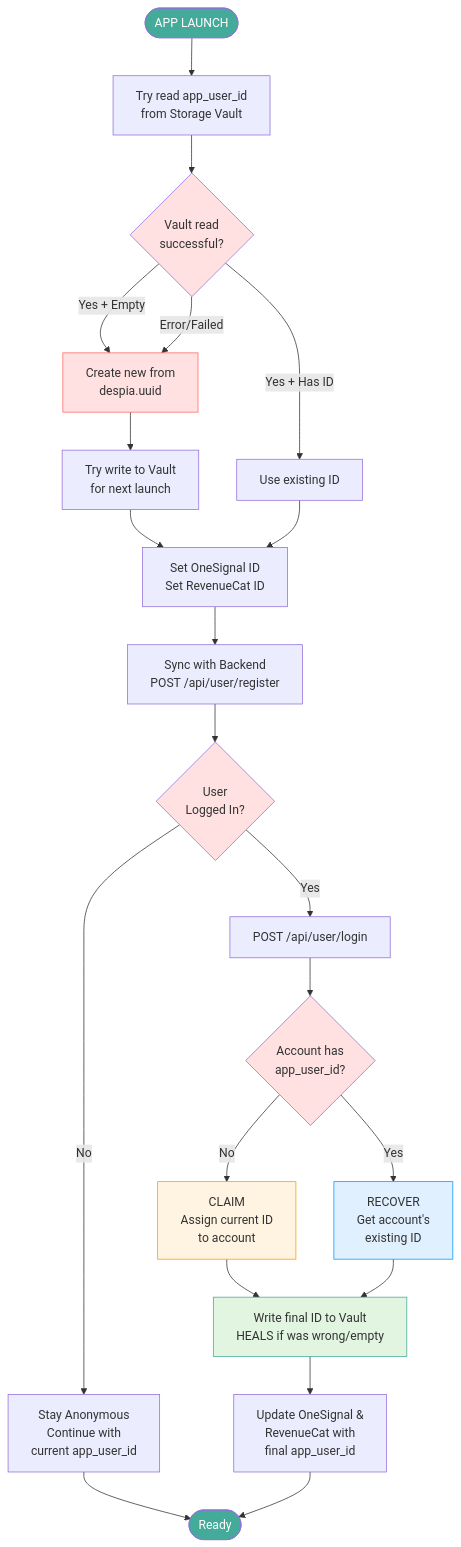
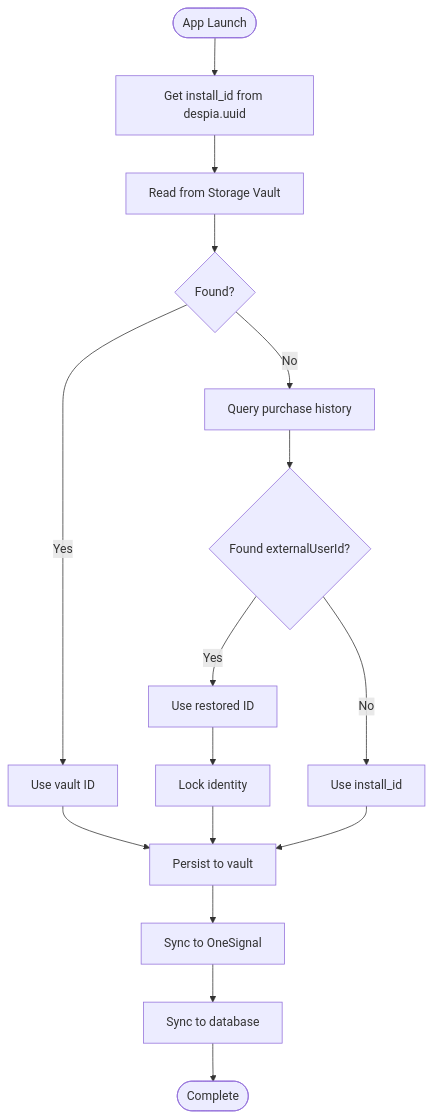
The second of 4 diagrams in best-practices/backend/one-signal/user-session.mdx (despia-native/docs), drawn with Mermaid before and after one commit. The commit also changed other lines of this file and 3 other files, not shown here.

````diff
--- a/best-practices/backend/one-signal/user-session.mdx
+++ b/best-practices/backend/one-signal/user-session.mdx
@@ -55,45 +32,23 @@
 ```mermaid
 flowchart TD
-    Start([APP LAUNCH]) --> ReadVault[Try read app_user_id<br/>from Storage Vault]
+    Start([App Launch]) --> GetUUID[Get install_id from despia.uuid]
     
-    ReadVault --> CheckVault{Vault read<br/>successful?}
+    GetUUID --> Vault[Read from Storage Vault]
+    Vault --> VaultCheck{Found?}
     
-    CheckVault -->|Yes + Has ID| Returning[Use existing ID]
-    CheckVault -->|Yes + Empty| CreateNew[Create new from<br/>despia.uuid]
-    CheckVault -->|Error/Failed| CreateNew
+    VaultCheck -->|Yes| UseVault[Use vault ID]
+    VaultCheck -->|No| Restore[Query purchase history]
     
-    CreateNew --> TryWriteVault[Try write to Vault<br/>for next launch]
-    TryWriteVault --> SetServices
+    Restore --> RestoreCheck{Found externalUserId?}
+    RestoreCheck -->|Yes| UseRestore[Use restored ID]
+    RestoreCheck -->|No| UseInstall[Use install_id]
     
-    Returning --> SetServices[Set OneSignal ID<br/>Set RevenueCat ID]
+    UseVault --> Persist[Persist to vault]
+    UseRestore --> Lock[Lock identity]
+    Lock --> Persist
+    UseInstall --> Persist
     
-    SetServices --> SyncBackend[Sync with Backend<br/>POST /api/user/register]
-    
-    SyncBackend --> CheckAuth{User<br/>Logged In?}
-    
-    CheckAuth -->|No| StayAnonymous[Stay Anonymous<br/>Continue with<br/>current app_user_id]
-    CheckAuth -->|Yes| LoginFlow[POST /api/user/login]
-    
-    LoginFlow --> CheckAccount{Account has<br/>app_user_id?}
-    
-    CheckAccount -->|No| Claim[CLAIM<br/>Assign current ID<br/>to account]
-    CheckAccount -->|Yes| Recover[RECOVER<br/>Get account's<br/>existing ID]
-    
-    Claim --> HealVault[Write final ID to Vault<br/>HEALS if was wrong/empty]
-    Recover --> HealVault
-    
-    HealVault --> UpdateServices[Update OneSignal &<br/>RevenueCat with<br/>final app_user_id]
-    
-    StayAnonymous --> End([Ready])
-    UpdateServices --> End
-    
-    style Start fill:#4a9,color:#fff
-    style End fill:#4a9,color:#fff
-    style Claim fill:#fff4e1,stroke:#f90
-    style Recover fill:#e1f0ff,stroke:#09f
-    style CreateNew fill:#ffe1e1,stroke:#f66
-    style HealVault fill:#e1f5e1,stroke:#4a9
-    style CheckVault fill:#ffe1e1
-    style CheckAuth fill:#ffe1e1
-    style CheckAccount fill:#ffe1e1
+    Persist --> SyncOS[Sync to OneSignal]
+    SyncOS --> SyncDB[Sync to database]
+    SyncDB --> Complete([Complete])
 ```
````
